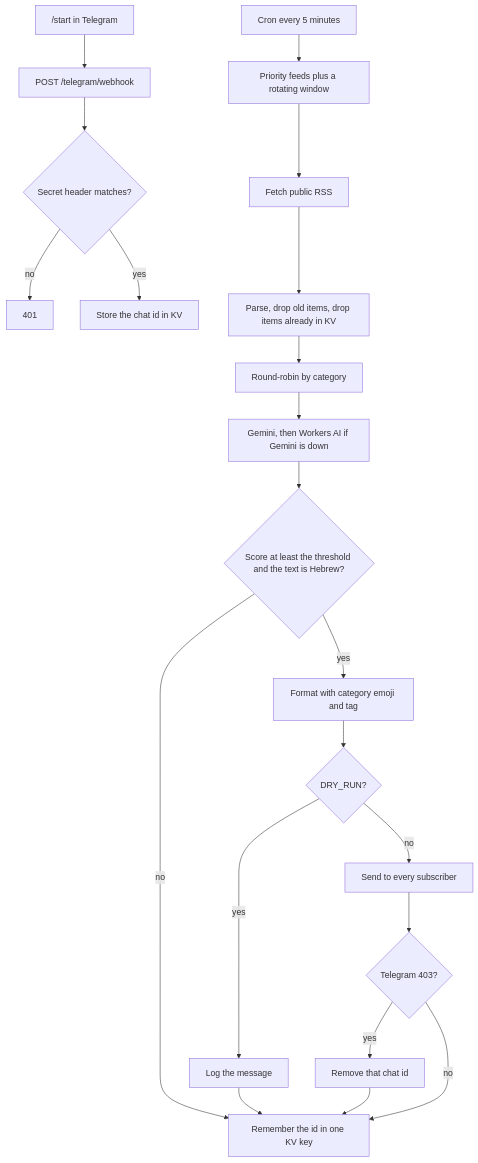
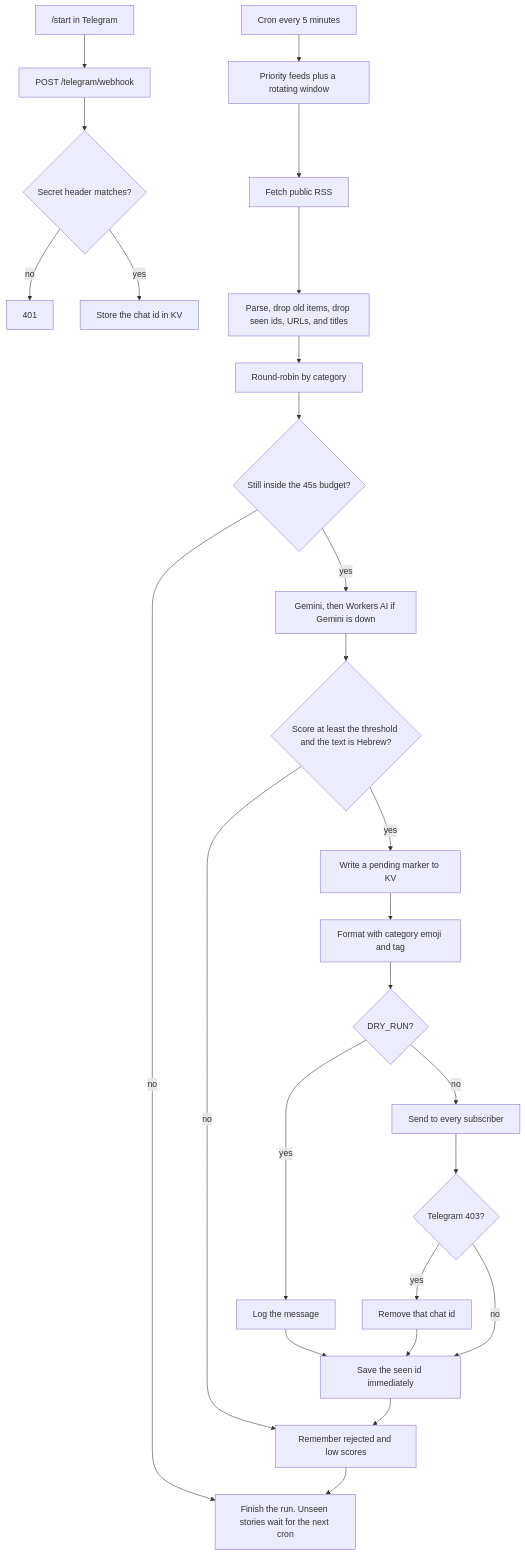
One commit to aviniazov7/hebrew-finance-news-bot changed the diagram in README.md. Above: the diagram before and after it, drawn with Mermaid. The commit also changed other lines of this file and 9 other files, not shown here.

First line of the commit message:
fix: persist seen stories before a killed cron can repost them

````diff
--- a/README.md
+++ b/README.md
@@ -15,23 +15,28 @@
 ```mermaid
 flowchart TD
   user["/start in Telegram"] --> hook["POST /telegram/webhook"]
   hook --> secret{Secret header matches?}
   secret -->|no| deny[401]
   secret -->|yes| sub[Store the chat id in KV]
   cron[Cron every 5 minutes] --> pick[Priority feeds plus a rotating window]
   pick --> rss[Fetch public RSS]
-  rss --> parse[Parse, drop old items, drop items already in KV]
+  rss --> parse[Parse, drop old items, drop seen ids, URLs, and titles]
   parse --> balance[Round-robin by category]
-  balance --> gemini[Gemini, then Workers AI if Gemini is down]
+  balance --> budget{Still inside the 45s budget?}
+  budget -->|no| done[Finish the run. Unseen stories wait for the next cron]
+  budget -->|yes| gemini[Gemini, then Workers AI if Gemini is down]
   gemini --> gate{Score at least the threshold and the text is Hebrew?}
-  gate -->|no| kv[Remember the id in one KV key]
-  gate -->|yes| msg[Format with category emoji and tag]
+  gate -->|no| hold[Remember rejected and low scores]
+  gate -->|yes| pending[Write a pending marker to KV]
+  pending --> msg[Format with category emoji and tag]
   msg --> dry{DRY_RUN?}
   dry -->|yes| log[Log the message]
   dry -->|no| tg[Send to every subscriber]
   tg --> blocked{Telegram 403?}
   blocked -->|yes| drop[Remove that chat id]
-  blocked -->|no| kv
-  log --> kv
-  drop --> kv
+  blocked -->|no| seen[Save the seen id immediately]
+  log --> seen
+  drop --> seen
+  seen --> hold
+  hold --> done
 ```
````
